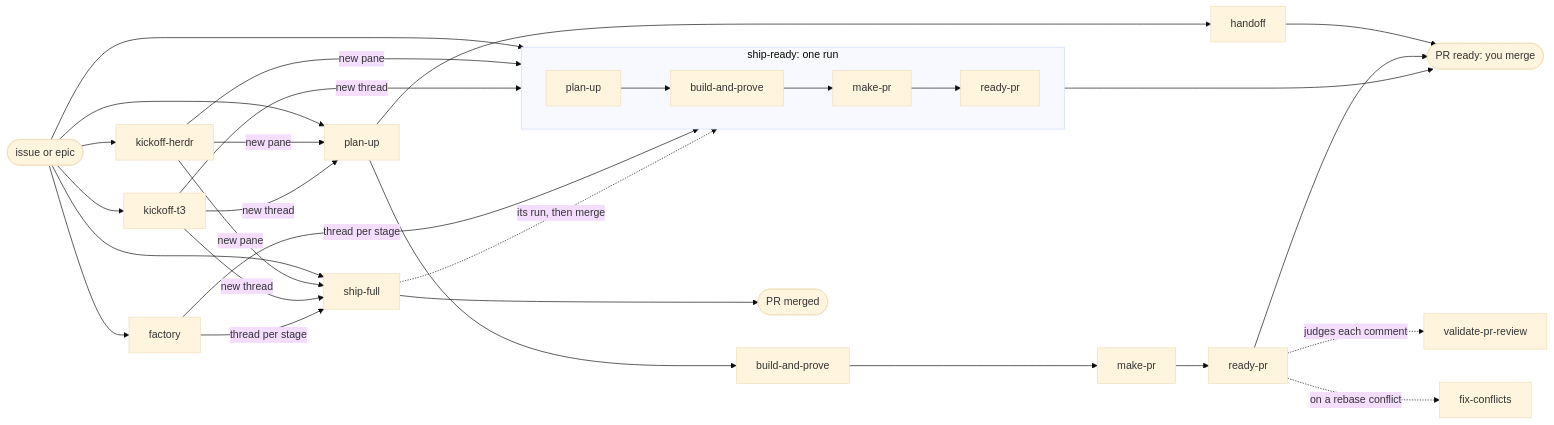
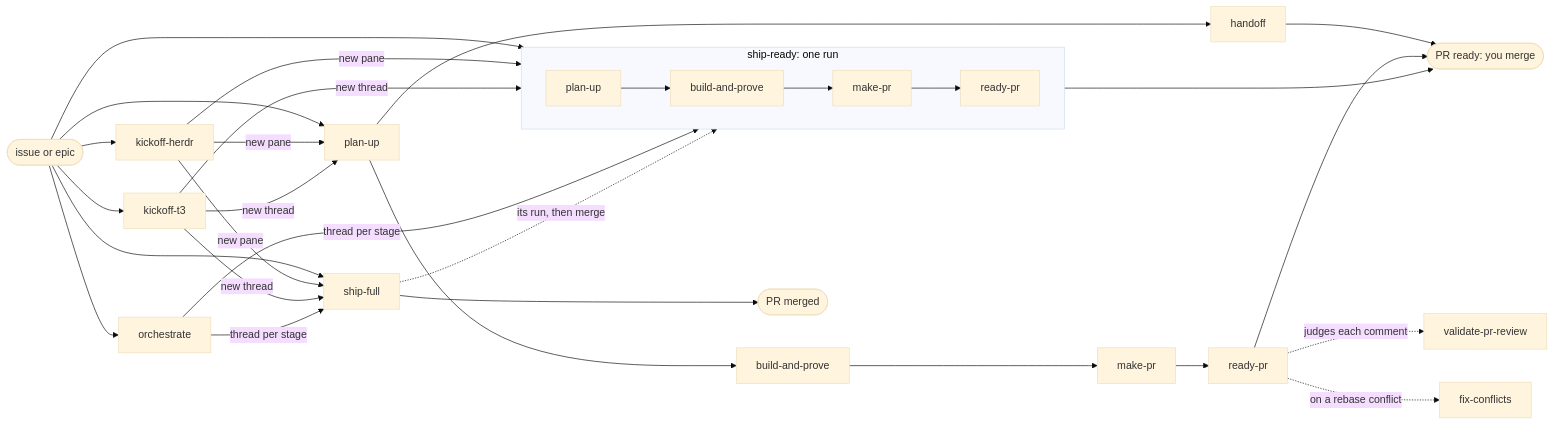
The second of 2 diagrams in README.md (linhvu0711/skills), drawn with Mermaid (base theme) before and after one commit. The commit also changed other lines of this file and 13 other files, not shown here.

First line of the commit message:
refactor(orchestrate): rename the factory skill to orchestrate

````diff
--- a/README.md
+++ b/README.md
@@ -36,30 +36,30 @@
 ```mermaid
 flowchart LR
   ticket([issue or epic]) --> shipready
   ticket --> shipfull[ship-full]
   ticket --> kickoffherdr[kickoff-herdr]
   ticket --> kickofft3[kickoff-t3]
-  ticket --> factory[factory]
+  ticket --> orchestrate[orchestrate]
   ticket --> planup[plan-up]
   kickoffherdr -->|new pane| planup
   kickoffherdr -->|new pane| shipready
   kickoffherdr -->|new pane| shipfull
   kickofft3 -->|new thread| planup
   kickofft3 -->|new thread| shipready
   kickofft3 -->|new thread| shipfull
-  factory -->|thread per stage| shipready
-  factory -->|thread per stage| shipfull
+  orchestrate -->|thread per stage| shipready
+  orchestrate -->|thread per stage| shipfull
   subgraph shipready [ship-ready: one run]
     direction LR
     sp[plan-up] --> sb[build-and-prove] --> sm[make-pr] --> sr[ready-pr]
   end
   planup --> bp[build-and-prove] --> makepr[make-pr] --> readypr[ready-pr]
   planup --> ho[handoff]
   shipready --> done([PR ready: you merge])
   shipfull -.->|its run, then merge| shipready
   shipfull --> merged([PR merged])
   ho --> done
   readypr --> done
   readypr -.->|judges each comment| vpr[validate-pr-review]
   readypr -.->|on a rebase conflict| fc[fix-conflicts]
 ```
````
